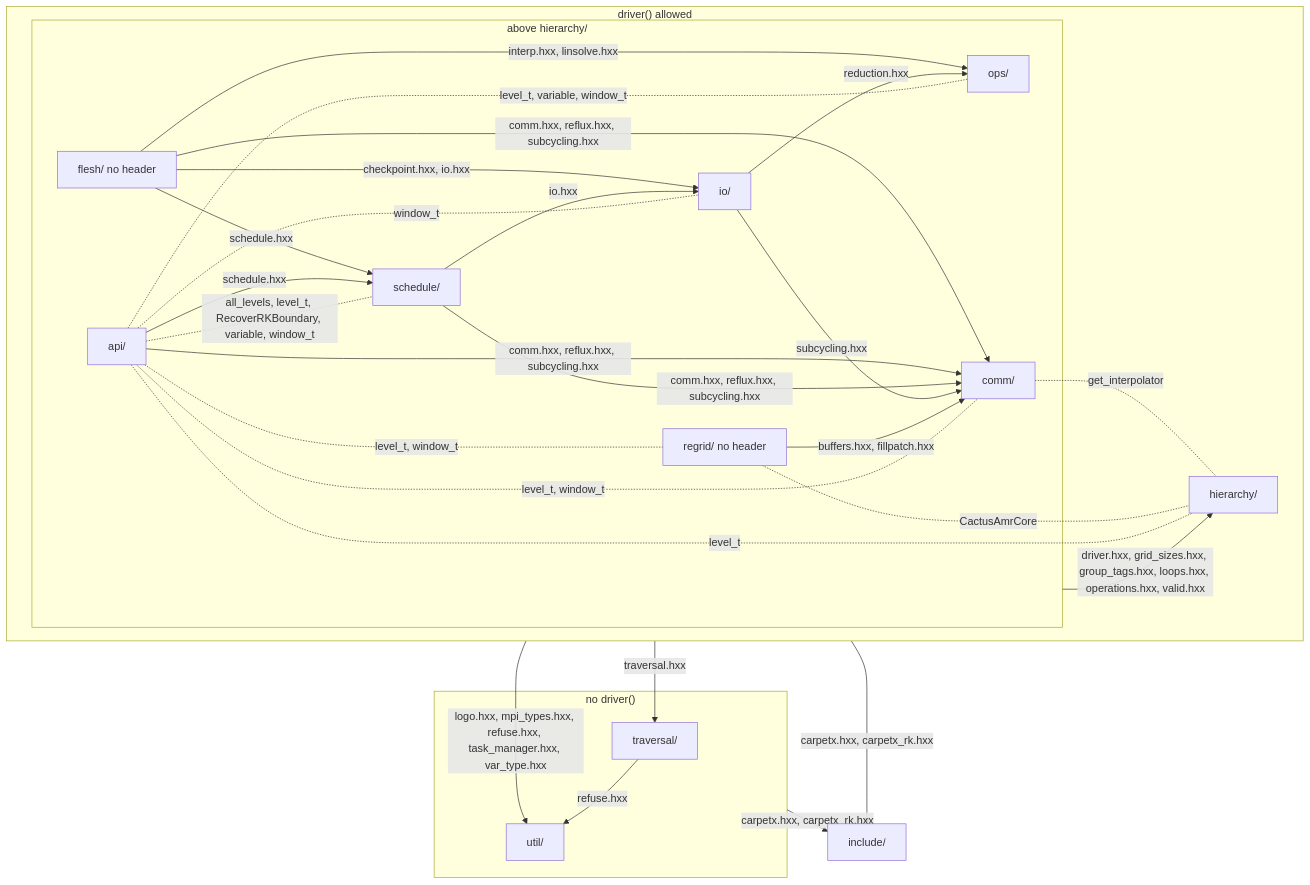
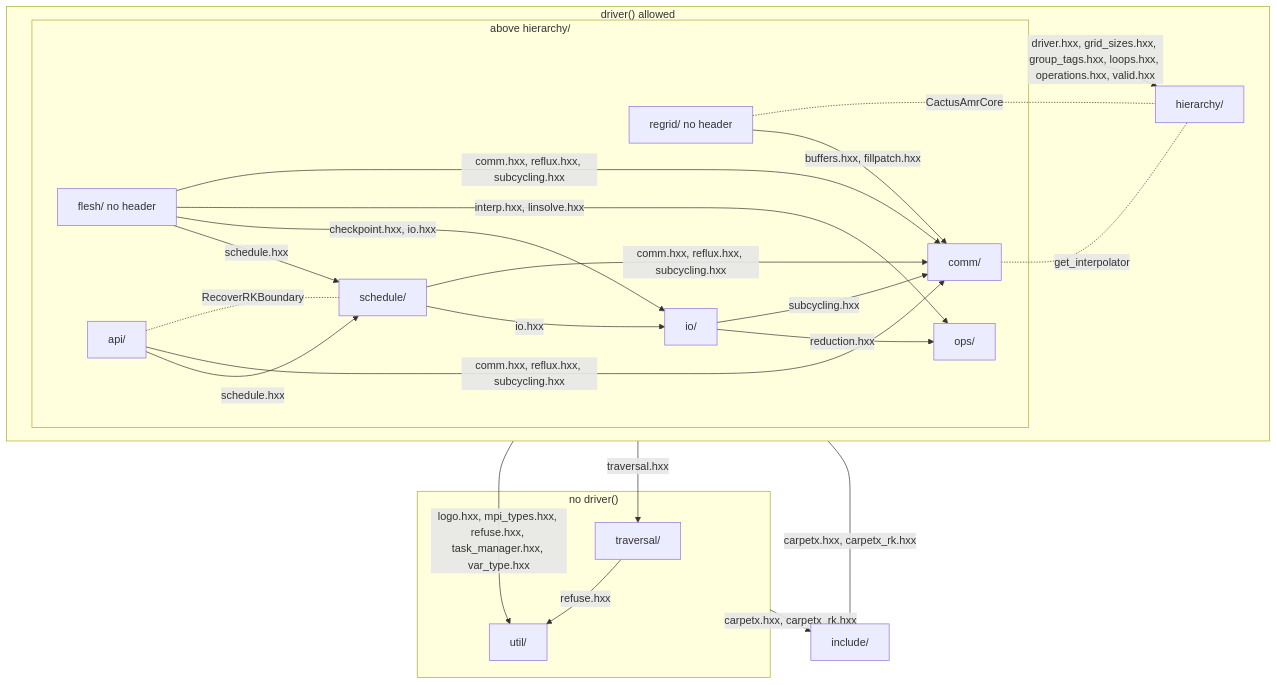
Before and after one commit to lwJi/CarpetX: the first of 3 diagrams in agent_docs/carpetx-internals.md, drawn with Mermaid. The commit also changed other lines of this file and 10 other files, not shown here.

First line of the commit message:
CarpetX: handle bodies move from api/ to hierarchy/handles.cxx

````diff
--- a/agent_docs/carpetx-internals.md
+++ b/agent_docs/carpetx-internals.md
@@ -7,45 +7,40 @@
 ```mermaid
 flowchart TB
   subgraph door["driver() allowed"]
     subgraph above["above hierarchy/"]
       flesh["flesh/ no header"]
       api["api/"]
       schedule["schedule/"]
       io["io/"]
       ops["ops/"]
       regrid["regrid/ no header"]
       comm["comm/"]
     end
     hierarchy["hierarchy/"]
   end
   subgraph nodoor["no driver()"]
     traversal["traversal/"]
     util["util/"]
   end
   include["include/"]
   flesh -- "schedule.hxx" --> schedule
   flesh -- "checkpoint.hxx, io.hxx" --> io
   flesh -- "interp.hxx, linsolve.hxx" --> ops
   flesh -- "comm.hxx, reflux.hxx, subcycling.hxx" --> comm
   api -- "schedule.hxx" --> schedule
   api -- "comm.hxx, reflux.hxx, subcycling.hxx" --> comm
   schedule -- "io.hxx" --> io
   schedule -- "comm.hxx, reflux.hxx, subcycling.hxx" --> comm
   io -- "reduction.hxx" --> ops
   io -- "subcycling.hxx" --> comm
   regrid -- "buffers.hxx, fillpatch.hxx" --> comm
   traversal -- "refuse.hxx" --> util
   above -- "driver.hxx, grid_sizes.hxx, group_tags.hxx, loops.hxx, operations.hxx, valid.hxx" --> hierarchy
   door -- "traversal.hxx" --> traversal
   door -- "logo.hxx, mpi_types.hxx, refuse.hxx, task_manager.hxx, var_type.hxx" --> util
   door -- "carpetx.hxx, carpetx_rk.hxx" --> include
   nodoor -- "carpetx.hxx, carpetx_rk.hxx" --> include
   comm -. "get_interpolator" .- hierarchy
   regrid -. "CactusAmrCore" .- hierarchy
-  api -. "level_t" .- hierarchy
-  api -. "level_t, window_t" .- comm
-  api -. "level_t, window_t" .- regrid
-  api -. "level_t, variable, window_t" .- ops
-  api -. "window_t" .- io
-  api -. "all_levels, level_t, RecoverRKBoundary, variable, window_t" .- schedule
+  api -. "RecoverRKBoundary" .- schedule
 ```
````
